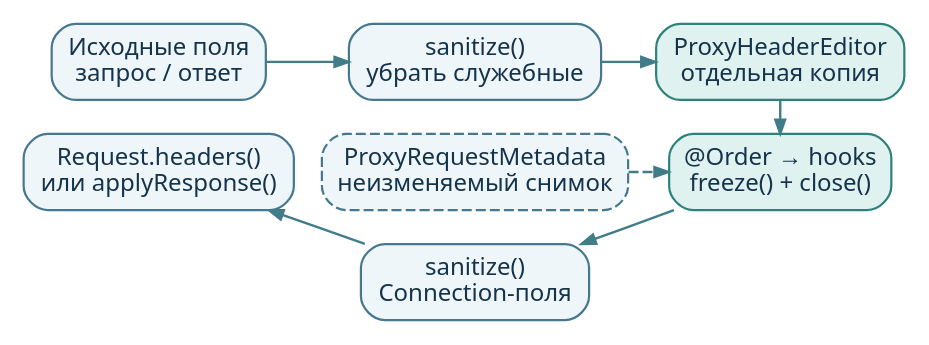
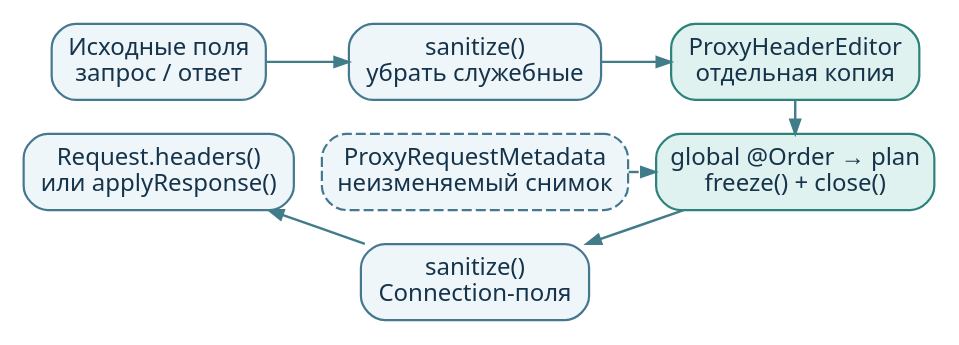
One commit to AlFlanker/NettyPet changed the diagram in jetty-client-example/docs/diagrams/headers.dot. Above: the diagram before and after it, drawn with Graphviz. The commit also changed 17 other files, not shown here.

```diff
--- a/jetty-client-example/docs/diagrams/headers.dot
+++ b/jetty-client-example/docs/diagrams/headers.dot
@@ -1,27 +1,27 @@
 digraph Headers {
   graph [rankdir=LR, bgcolor="white", fontname="Noto Sans", fontsize=12, pad=0.06,
          nodesep=0.24, ranksep=0.20, splines=polyline];
   node [shape=box, style="rounded,filled", fontname="Noto Sans", fontsize=12,
         fontcolor="#15344B", fillcolor="#EFF6FA", color="#45788F", penwidth=1.1, margin="0.11,0.09"];
   edge [color="#417C89", penwidth=1.2, arrowsize=0.7, fontname="Noto Sans", fontsize=12];
 
   source [label="Исходные поля\nзапрос / ответ"];
   initial [label="sanitize()\nубрать служебные"];
   editor [label="ProxyHeaderEditor\nотдельная копия", fillcolor="#E0F2EF", color="#2D827B"];
   metadata [label="ProxyRequestMetadata\nнеизменяемый снимок", style="rounded,dashed,filled"];
-  hooks [label="@Order → hooks\nfreeze() + close()", fillcolor="#E0F2EF", color="#2D827B"];
+  hooks [label="global @Order → plan\nfreeze() + close()", fillcolor="#E0F2EF", color="#2D827B"];
   final [label="sanitize()\nConnection-поля"];
   apply [label="Request.headers()\nили applyResponse()"];
 
   { rank=same; source; apply; }
   { rank=same; initial; metadata; final; }
   { rank=same; editor; hooks; }
   source -> apply [style=invis, weight=30];
   initial -> metadata -> final [style=invis, weight=30];
   source -> initial;
   initial -> editor;
   editor -> hooks;
   metadata -> hooks [style=dashed, constraint=false];
   hooks -> final [constraint=false];
   final -> apply [constraint=false];
 }
```
